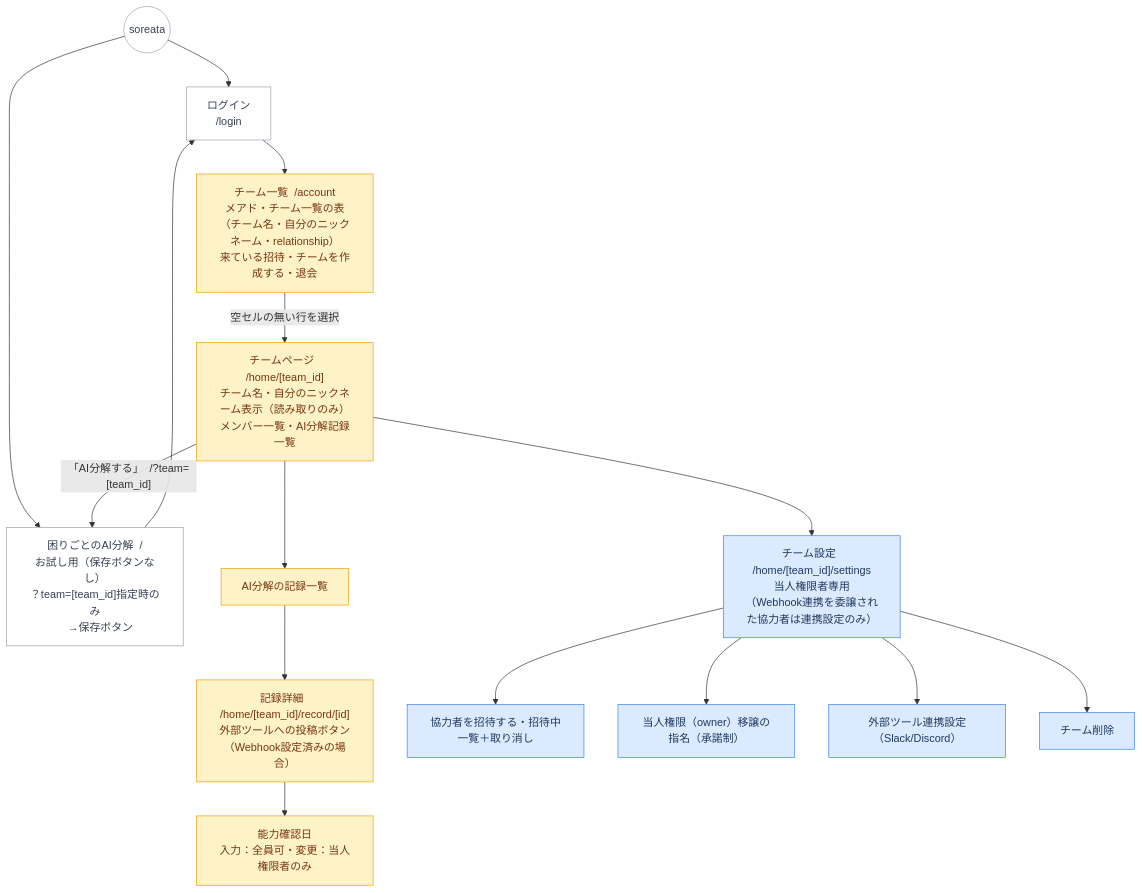
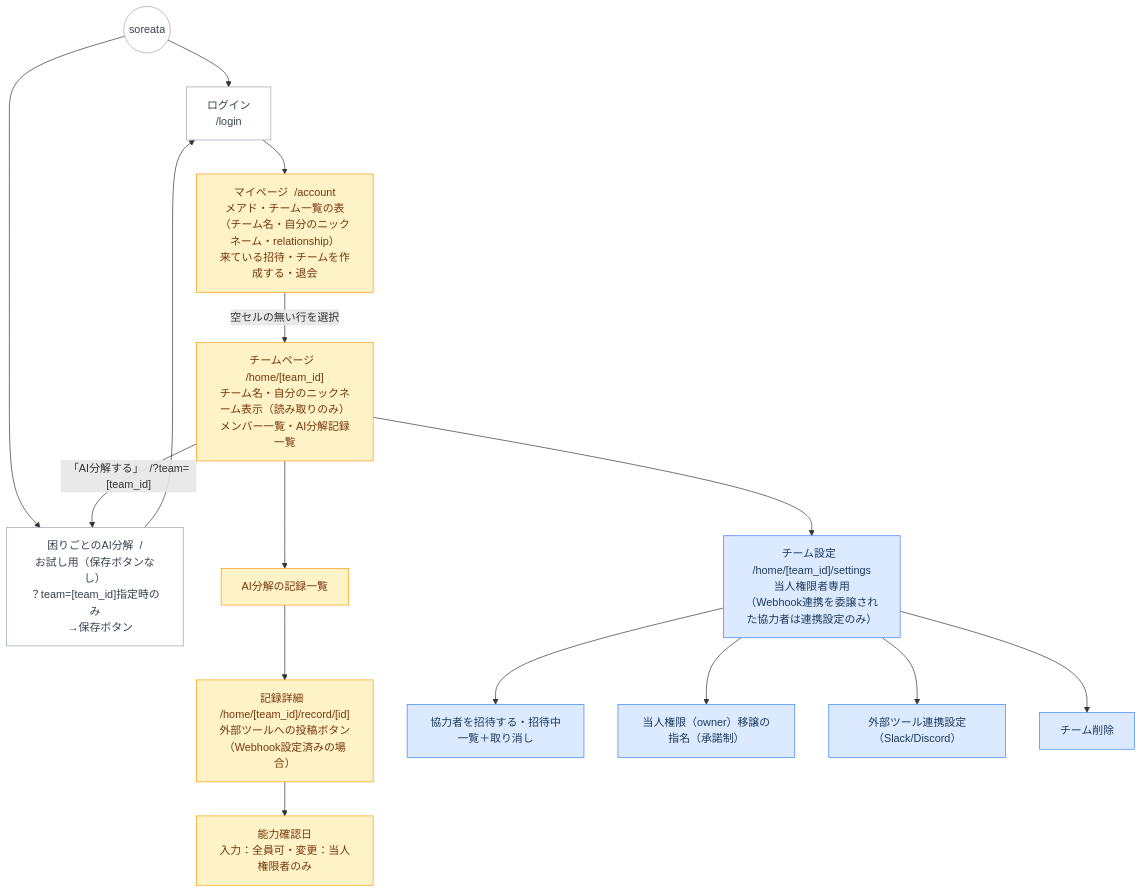
The diagram in docs/screen_tree.md (minamy-i/soreata), drawn with Mermaid before and after one commit. The commit also changed other lines of this file and 12 other files, not shown here.

````diff
--- a/docs/screen_tree.md
+++ b/docs/screen_tree.md
@@ -1,33 +1,33 @@
 ```mermaid
 graph TD
     classDef all fill:#ffffff,stroke:#9ca3af,color:#374151
     classDef owner fill:#dbeafe,stroke:#3b82f6,color:#1e3a5f
     classDef shared fill:#fef3c7,stroke:#f59e0b,color:#78350f
 
     ROOT((soreata))
 
     ROOT --> LOGIN[ログイン\n/login]
     ROOT --> AI["困りごとのAI分解  /\nお試し用（保存ボタンなし）\n？team=[team_id]指定時のみ\n　→保存ボタン"]
     AI --> LOGIN
 
     LOGIN --> A_DASH
 
-    A_DASH["チーム一覧  /account\nメアド・チーム一覧の表\n（チーム名・自分のニックネーム・relationship）\n来ている招待・チームを作成する・退会"]
+    A_DASH["マイページ  /account\nメアド・チーム一覧の表\n（チーム名・自分のニックネーム・relationship）\n来ている招待・チームを作成する・退会"]
     A_DASH -->|"空セルの無い行を選択"| TEAM
 
     TEAM["チームページ  /home/[team_id]\nチーム名・自分のニックネーム表示（読み取りのみ）\nメンバー一覧・AI分解記録一覧"]
     TEAM -->|"「AI分解する」  /?team=[team_id]"| AI
     TEAM --> AI_REC["AI分解の記録一覧"]
     AI_REC --> RECORD["記録詳細  /home/[team_id]/record/[id]\n外部ツールへの投稿ボタン（Webhook設定済みの場合）"]
     RECORD --> CONF["能力確認日\n入力：全員可・変更：当人権限者のみ"]
 
     TEAM --> T_SET["チーム設定  /home/[team_id]/settings\n当人権限者専用\n（Webhook連携を委譲された協力者は連携設定のみ）"]
     T_SET --> INVITE["協力者を招待する・招待中一覧＋取り消し"]
     T_SET --> TRANSFER["当人権限（owner）移譲の指名（承諾制）"]
     T_SET --> WEBHOOK["外部ツール連携設定（Slack/Discord）"]
     T_SET --> TEAMEDIT["チーム削除"]
 
     class ROOT,LOGIN,AI all
     class T_SET,INVITE,TRANSFER,WEBHOOK,TEAMEDIT owner
     class A_DASH,TEAM,AI_REC,RECORD,CONF shared
 ```
````
